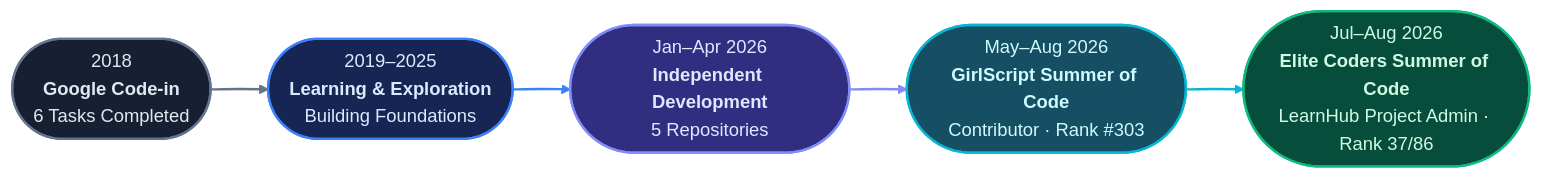
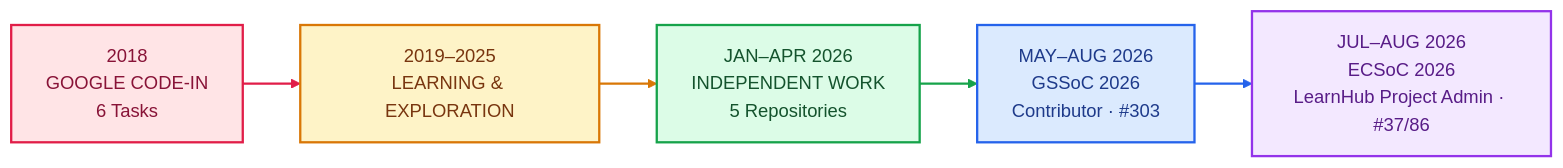
The first of 2 diagrams in README.md (udaycodespace/udaycodespace), drawn with Mermaid before and after one commit. The commit also changed other lines of this file, not shown here.

````diff
--- a/README.md
+++ b/README.md
@@ -112,27 +109,27 @@
 ```mermaid
 flowchart LR
-    A(["2018<br/><b>Google Code-in</b><br/>6 Tasks Completed"])
-    B(["2019–2025<br/><b>Learning & Exploration</b><br/>Building Foundations"])
-    C(["Jan–Apr 2026<br/><b>Independent Development</b><br/>5 Repositories"])
-    D(["May–Aug 2026<br/><b>GirlScript Summer of Code</b><br/>Contributor · Rank #303"])
-    E(["Jul–Aug 2026<br/><b>Elite Coders Summer of Code</b><br/>LearnHub Project Admin · Rank 37/86"])
+    A["2018<br/>GOOGLE CODE-IN<br/>6 Tasks"]
+    B["2019–2025<br/>LEARNING & EXPLORATION"]
+    C["JAN–APR 2026<br/>INDEPENDENT WORK<br/>5 Repositories"]
+    D["MAY–AUG 2026<br/>GSSoC 2026<br/>Contributor · #303"]
+    E["JUL–AUG 2026<br/>ECSoC 2026<br/>LearnHub Project Admin · #37/86"]
 
     A --> B --> C --> D --> E
 
-    classDef early fill:#172033,stroke:#64748b,color:#e2e8f0,stroke-width:2px
-    classDef growth fill:#172554,stroke:#3b82f6,color:#dbeafe,stroke-width:2px
-    classDef independent fill:#312e81,stroke:#818cf8,color:#e0e7ff,stroke-width:2px
-    classDef community fill:#164e63,stroke:#06b6d4,color:#cffafe,stroke-width:2px
-    classDef leadership fill:#064e3b,stroke:#10b981,color:#d1fae5,stroke-width:2px
+    classDef a fill:#FFE4E6,stroke:#E11D48,color:#881337,stroke-width:2px
+    classDef b fill:#FEF3C7,stroke:#D97706,color:#78350F,stroke-width:2px
+    classDef c fill:#DCFCE7,stroke:#16A34A,color:#14532D,stroke-width:2px
+    classDef d fill:#DBEAFE,stroke:#2563EB,color:#1E3A8A,stroke-width:2px
+    classDef e fill:#F3E8FF,stroke:#9333EA,color:#581C87,stroke-width:2px
 
-    class A early
-    class B growth
-    class C independent
-    class D community
-    class E leadership
+    class A a
+    class B b
+    class C c
+    class D d
+    class E e
 
-    linkStyle 0 stroke:#64748b,stroke-width:2px
-    linkStyle 1 stroke:#3b82f6,stroke-width:2px
-    linkStyle 2 stroke:#818cf8,stroke-width:2px
-    linkStyle 3 stroke:#06b6d4,stroke-width:2px
+    linkStyle 0 stroke:#E11D48,stroke-width:2px
+    linkStyle 1 stroke:#D97706,stroke-width:2px
+    linkStyle 2 stroke:#16A34A,stroke-width:2px
+    linkStyle 3 stroke:#2563EB,stroke-width:2px
 ```
````
